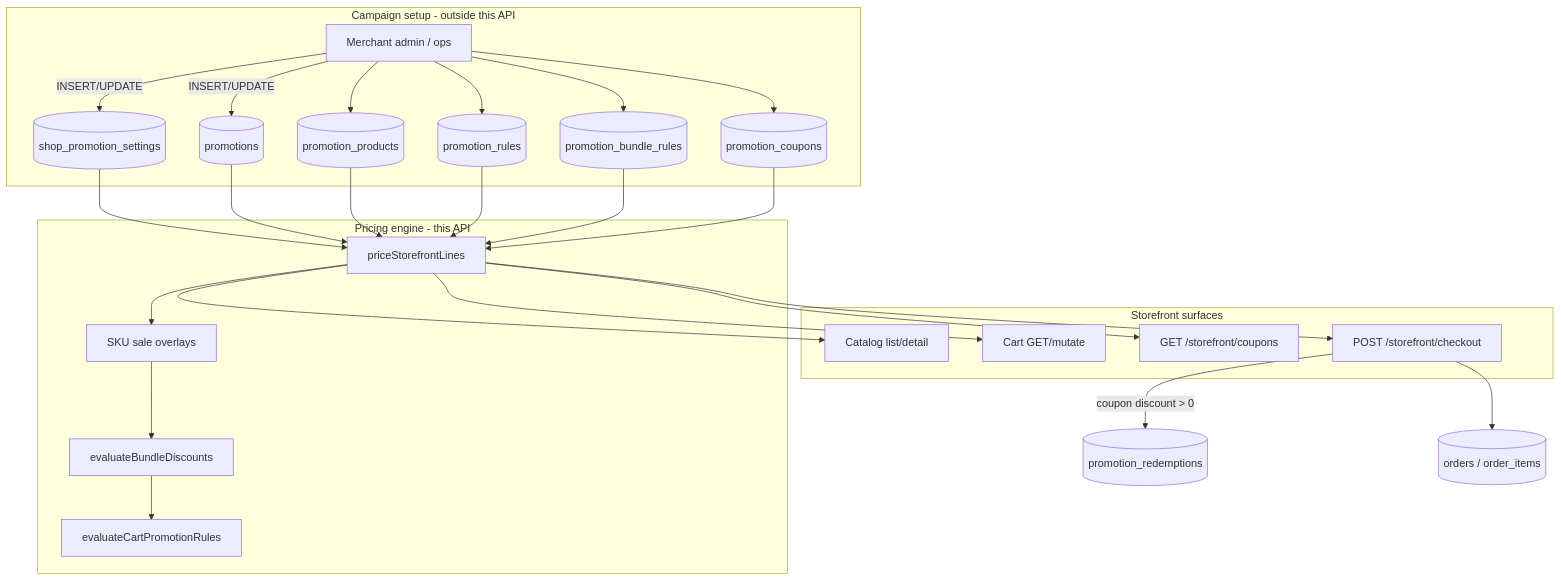
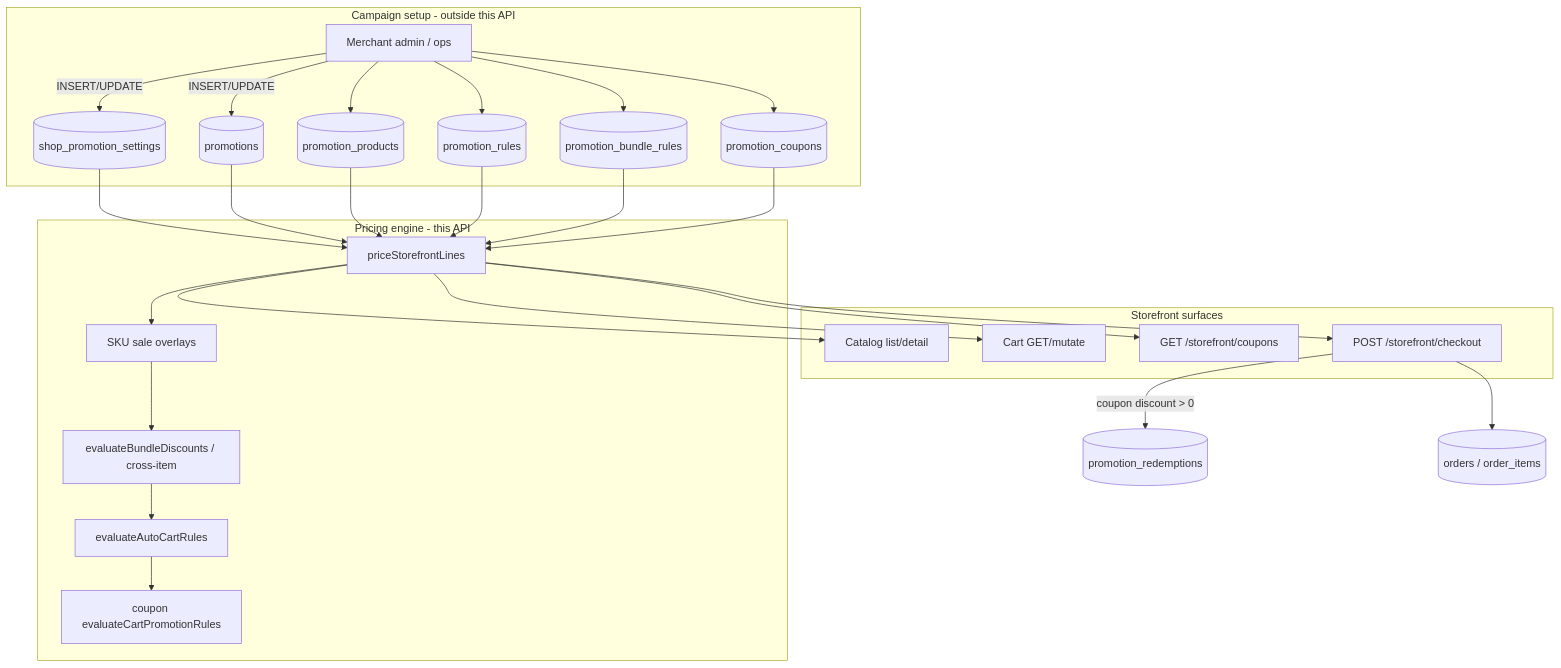
The diagram in docs/PROMOTIONS_WORKFLOW.md (Codeteak/ecommerce_clientside_backend), drawn with Mermaid before and after one commit. The commit also changed other lines of this file and 31 other files, not shown here.

````diff
--- a/docs/PROMOTIONS_WORKFLOW.md
+++ b/docs/PROMOTIONS_WORKFLOW.md
@@ -11,32 +11,33 @@
 ```mermaid
 flowchart TB
   subgraph write [Campaign setup - outside this API]
     Admin[Merchant admin / ops]
     Admin -->|INSERT/UPDATE| T1[(shop_promotion_settings)]
     Admin -->|INSERT/UPDATE| T2[(promotions)]
     Admin --> T3[(promotion_products)]
     Admin --> T4[(promotion_rules)]
     Admin --> T5[(promotion_bundle_rules)]
     Admin --> T6[(promotion_coupons)]
   end
 
   subgraph engine [Pricing engine - this API]
     PSL[priceStorefrontLines]
     PSL --> SKU[SKU sale overlays]
-    SKU --> BXGY[evaluateBundleDiscounts]
-    BXGY --> CPN[evaluateCartPromotionRules]
+    SKU --> BXGY[evaluateBundleDiscounts / cross-item]
+    BXGY --> AUTO[evaluateAutoCartRules]
+    AUTO --> CPN[coupon evaluateCartPromotionRules]
   end
 
   subgraph read [Storefront surfaces]
     CAT[Catalog list/detail]
     CART[Cart GET/mutate]
     COUP[GET /storefront/coupons]
     CHK[POST /storefront/checkout]
   end
 
   T1 & T2 & T3 & T4 & T5 & T6 --> PSL
   PSL --> CAT & CART & CHK
   PSL --> COUP
   CHK -->|coupon discount > 0| T7[(promotion_redemptions)]
   CHK --> T8[(orders / order_items)]
 ```
````
